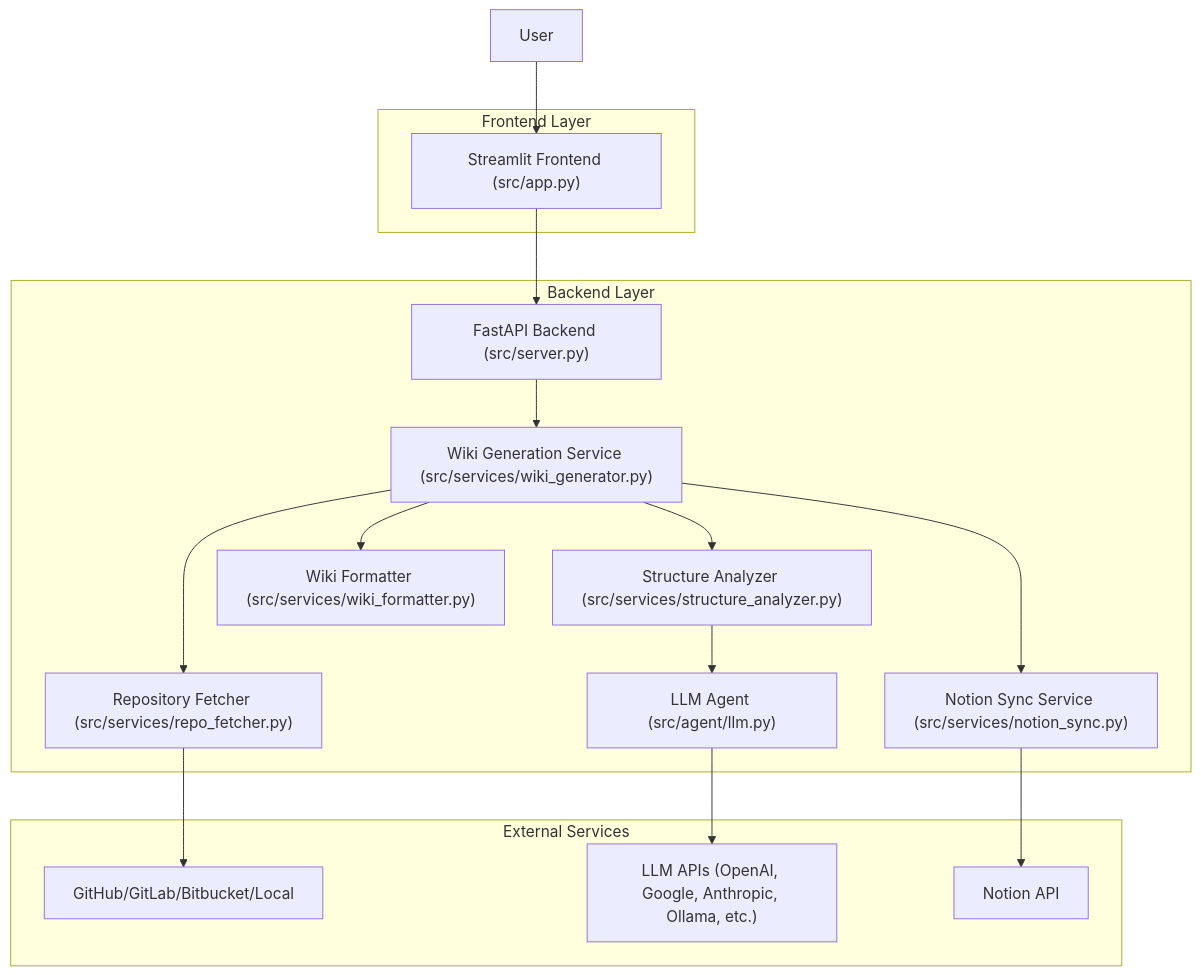
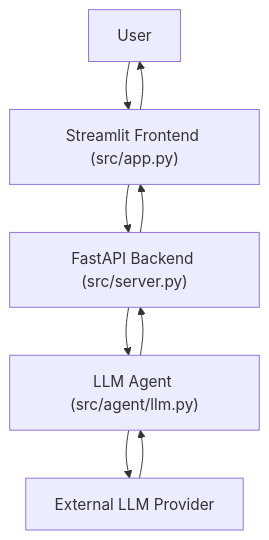
Diagram 12 of 14 in examples/wiki_as_README.md (catuscio/wiki-as-readme), drawn with Mermaid before and after one commit. The commit also changed other lines of this file, not shown here.

Commit message:
✨📚 Update examples/wiki_as_README.md via Wiki-As-Readme Action (en)

````diff
--- a/examples/wiki_as_README.md
+++ b/examples/wiki_as_README.md
@@ -1750,34 +1803,11 @@
 ```mermaid
 graph TD
     User["User"] --> Frontend["Streamlit Frontend (src/app.py)"]
-    Frontend --> API_Gateway["FastAPI Backend (src/server.py)"]
-    API_Gateway --> WikiGenService["Wiki Generation Service (src/services/wiki_generator.py)"]
-    WikiGenService --> RepoFetcher["Repository Fetcher (src/services/repo_fetcher.py)"]
-    WikiGenService --> StructAnalyzer["Structure Analyzer (src/services/structure_analyzer.py)"]
-    StructAnalyzer --> LLM_Agent["LLM Agent (src/agent/llm.py)"]
-    WikiGenService --> WikiFormatter["Wiki Formatter (src/services/wiki_formatter.py)"]
-    WikiGenService --> NotionSync["Notion Sync Service (src/services/notion_sync.py)"]
-    RepoFetcher --> GitProviders["GitHub/GitLab/Bitbucket/Local"]
-    LLM_Agent --> LLM_APIs["LLM APIs (OpenAI, Google, Anthropic, Ollama, etc.)"]
-    NotionSync --> NotionAPI["Notion API"]
-
-    subgraph Frontend Layer
-        Frontend
-    end
-
-    subgraph Backend Layer
-        API_Gateway
-        WikiGenService
-        RepoFetcher
-        StructAnalyzer
-        LLM_Agent
-        WikiFormatter
-        NotionSync
-    end
-
-    subgraph External Services
-        GitProviders
-        LLM_APIs
-        NotionAPI
-    end
+    Frontend --> API_Server["FastAPI Backend (src/server.py)"]
+    API_Server --> LLM_Agent["LLM Agent (src/agent/llm.py)"]
+    LLM_Agent --> LLM_Provider["External LLM Provider"]
+    LLM_Provider --> LLM_Agent
+    LLM_Agent --> API_Server
+    API_Server --> Frontend
+    Frontend --> User
 ```
````
